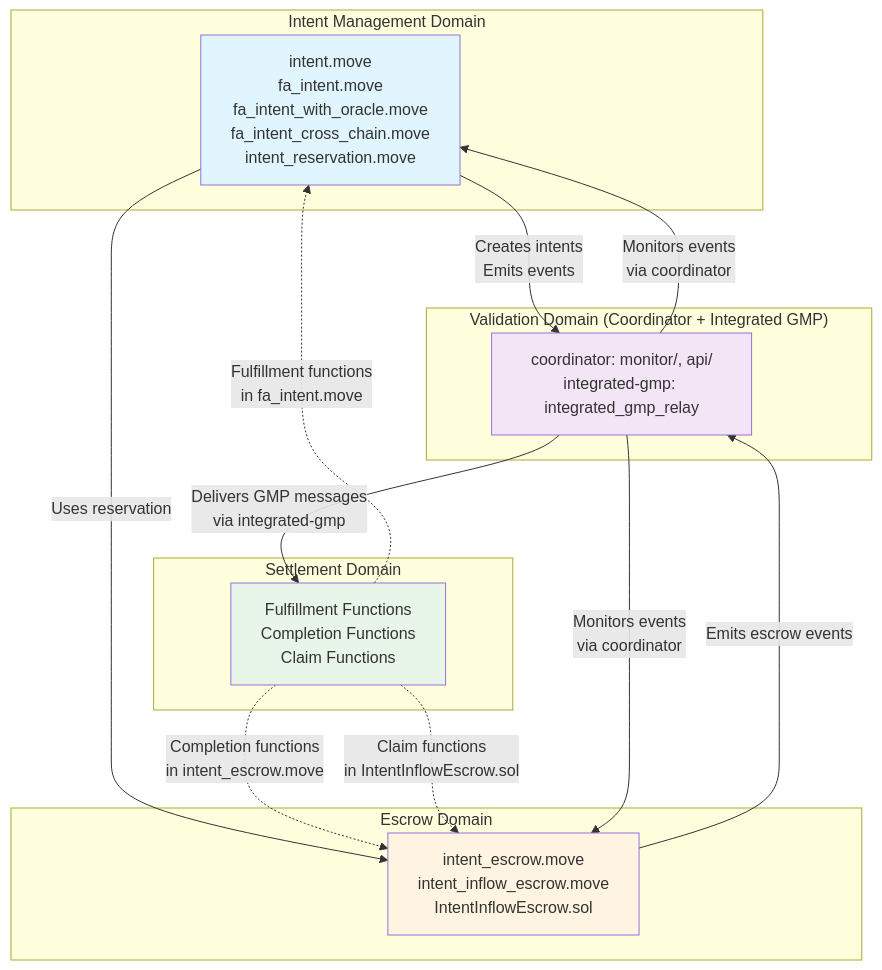
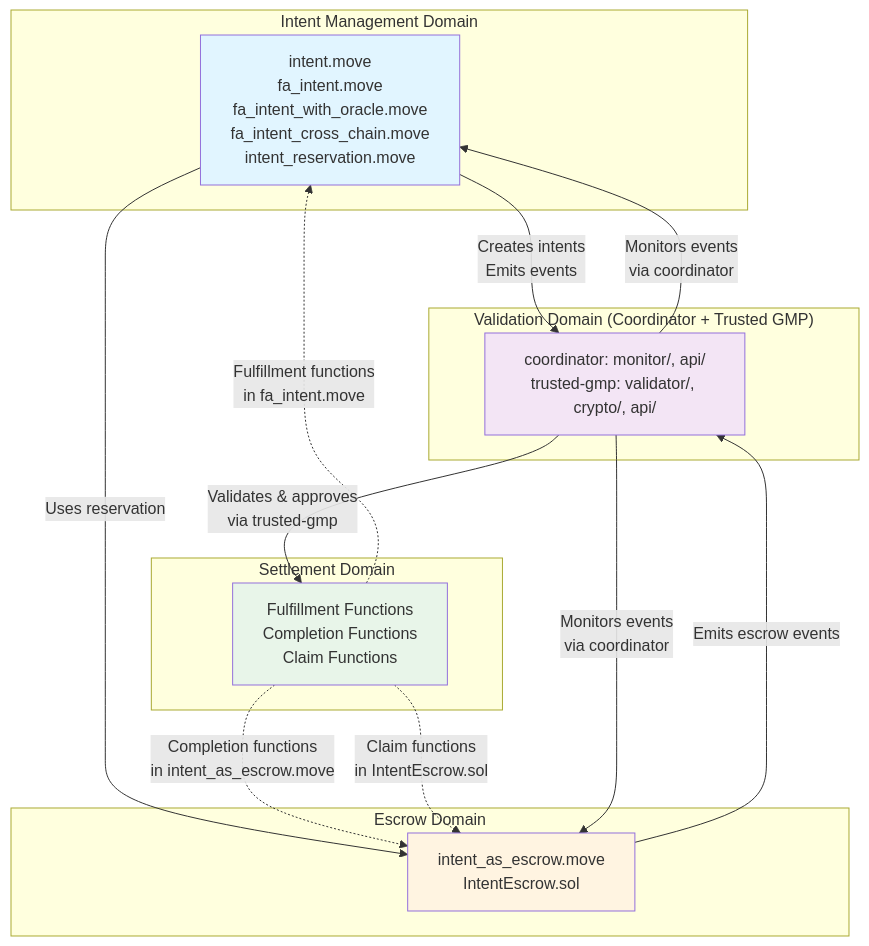
Before and after one commit to MoveIndustries/int3nts: the second of 2 diagrams in docs/architecture/architecture-component-mapping.md, drawn with Mermaid. The commit also changed other lines of this file and 493 other files, not shown here.

First line of the commit message:
Revert "Integrated GMP (Generic Message Passing) instead of verifier architec…"

````diff
--- a/docs/architecture/architecture-component-mapping.md
+++ b/docs/architecture/architecture-component-mapping.md
@@ -57,33 +57,33 @@
 ```mermaid
 graph TB
     subgraph "Intent Management Domain"
         IM[intent.move<br/>fa_intent.move<br/>fa_intent_with_oracle.move<br/>fa_intent_cross_chain.move<br/>intent_reservation.move]
     end
     
     subgraph "Escrow Domain"
-        EM[intent_escrow.move<br/>intent_inflow_escrow.move<br/>IntentInflowEscrow.sol]
+        EM[intent_as_escrow.move<br/>IntentEscrow.sol]
     end
     
     subgraph "Settlement Domain"
         SM[Fulfillment Functions<br/>Completion Functions<br/>Claim Functions]
     end
     
-    subgraph "Validation Domain (Coordinator + Integrated GMP)"
-        VM[coordinator: monitor/, api/<br/>integrated-gmp: integrated_gmp_relay]
+    subgraph "Validation Domain (Coordinator + Trusted GMP)"
+        VM[coordinator: monitor/, api/<br/>trusted-gmp: validator/, crypto/, api/]
     end
     
     IM -->|Creates intents<br/>Emits events| VM
     IM -->|Uses reservation| EM
     EM -->|Emits escrow events| VM
     SM -.->|Fulfillment functions<br/>in fa_intent.move| IM
-    SM -.->|Completion functions<br/>in intent_escrow.move| EM
-    SM -.->|Claim functions<br/>in IntentInflowEscrow.sol| EM
-    VM -->|Delivers GMP messages<br/>via integrated-gmp| SM
+    SM -.->|Completion functions<br/>in intent_as_escrow.move| EM
+    SM -.->|Claim functions<br/>in IntentEscrow.sol| EM
+    VM -->|Validates & approves<br/>via trusted-gmp| SM
     VM -->|Monitors events<br/>via coordinator| IM
     VM -->|Monitors events<br/>via coordinator| EM
     
     style IM fill:#e1f5ff,color:#333
     style EM fill:#fff4e1,color:#333
     style SM fill:#e8f5e9,color:#333
     style VM fill:#f3e5f5,color:#333
 ```
````
